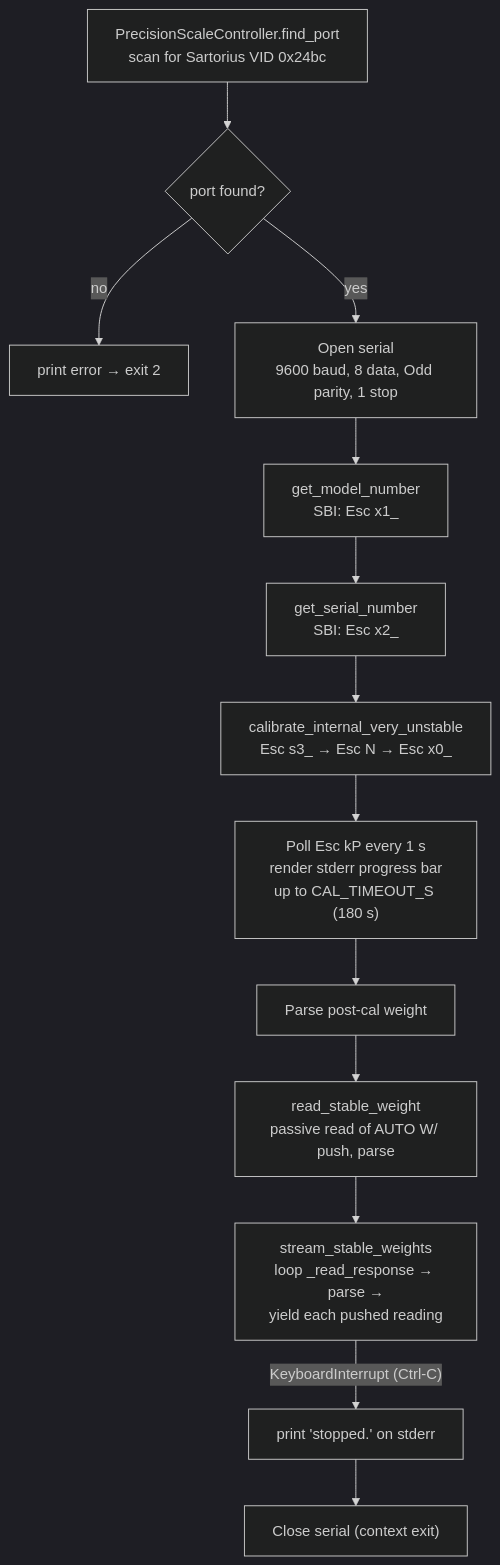
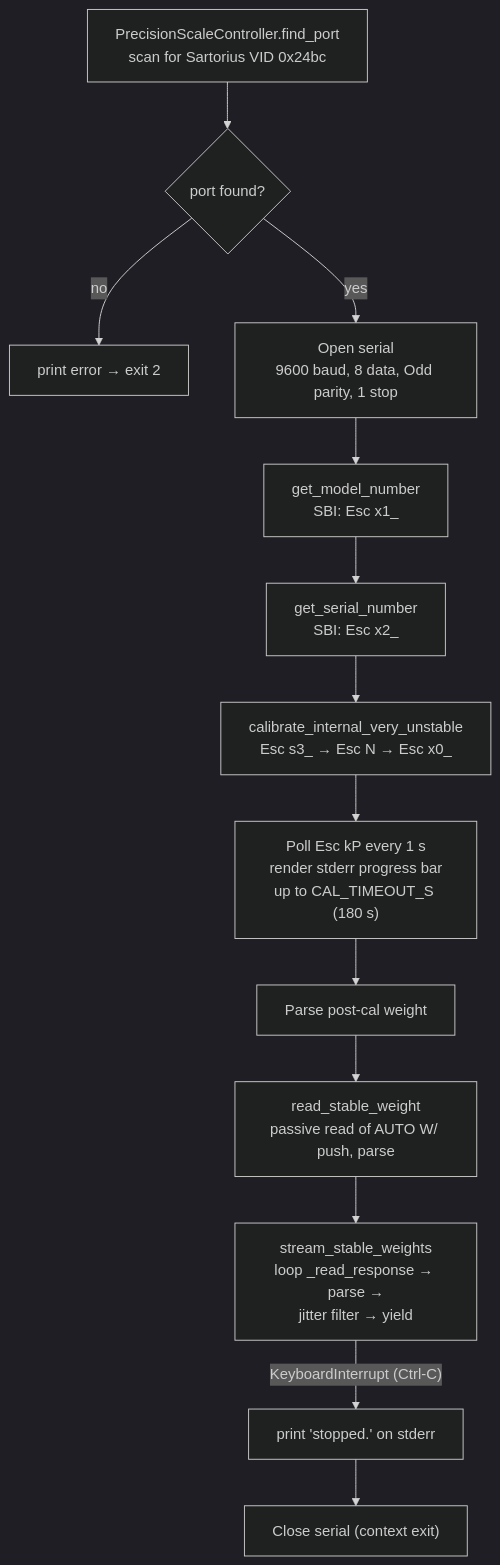
Before and after one commit to coport-uni/PrecisionScaleController: the diagram in README.md, drawn with Mermaid (dark theme). The commit also changed other lines of this file and 3 other files, not shown here.

First line of the commit message:
refactor(scale): restore jitter filter after hardware verify

````diff
--- a/README.md
+++ b/README.md
@@ -55,15 +55,15 @@
 ```mermaid
 flowchart TD
     A["PrecisionScaleController.find_port<br/>scan for Sartorius VID 0x24bc"] --> B{port found?}
     B -- no --> Z["print error → exit 2"]
     B -- yes --> C["Open serial<br/>9600 baud, 8 data, Odd parity, 1 stop"]
     C --> D["get_model_number<br/>SBI: Esc x1_"]
     D --> E["get_serial_number<br/>SBI: Esc x2_"]
     E --> F["calibrate_internal_very_unstable<br/>Esc s3_ → Esc N → Esc x0_"]
     F --> G["Poll Esc kP every 1 s<br/>render stderr progress bar<br/>up to CAL_TIMEOUT_S (180 s)"]
     G --> H["Parse post-cal weight"]
     H --> I["read_stable_weight<br/>passive read of AUTO W/ push, parse"]
-    I --> J["stream_stable_weights<br/>loop _read_response → parse →<br/>yield each pushed reading"]
+    I --> J["stream_stable_weights<br/>loop _read_response → parse →<br/>jitter filter → yield"]
     J -- "KeyboardInterrupt (Ctrl-C)" --> K["print 'stopped.' on stderr"]
     K --> L["Close serial (context exit)"]
 ```
````
